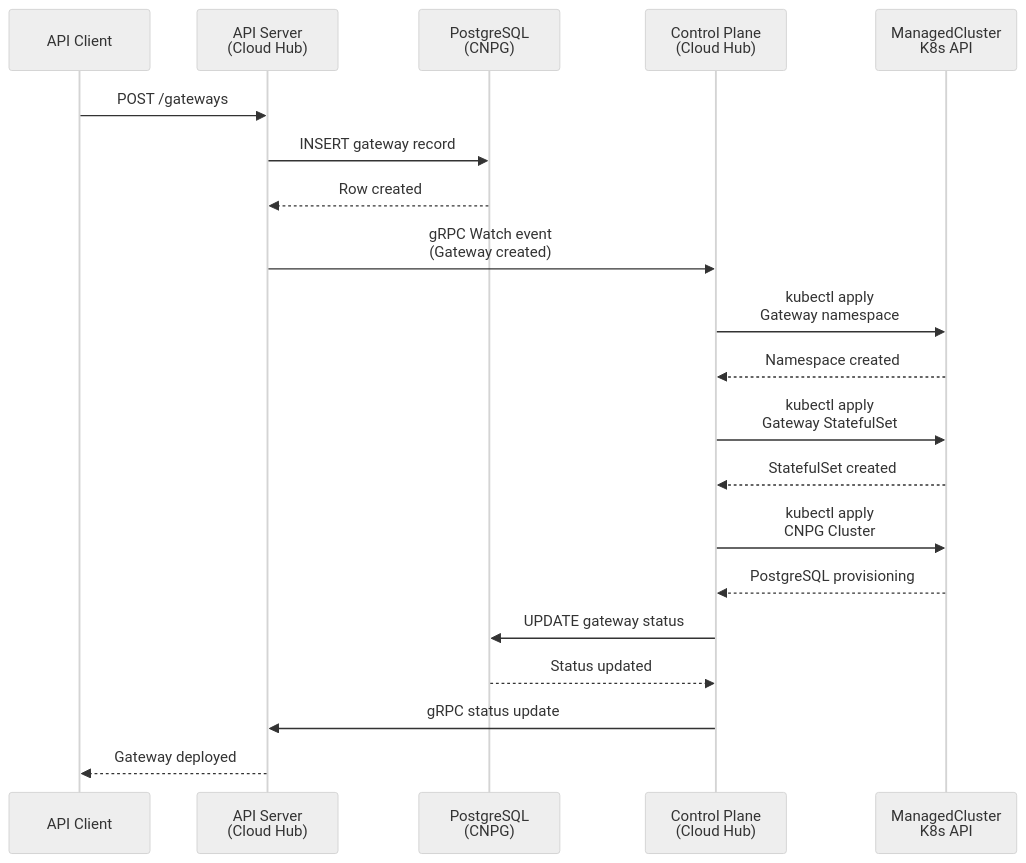
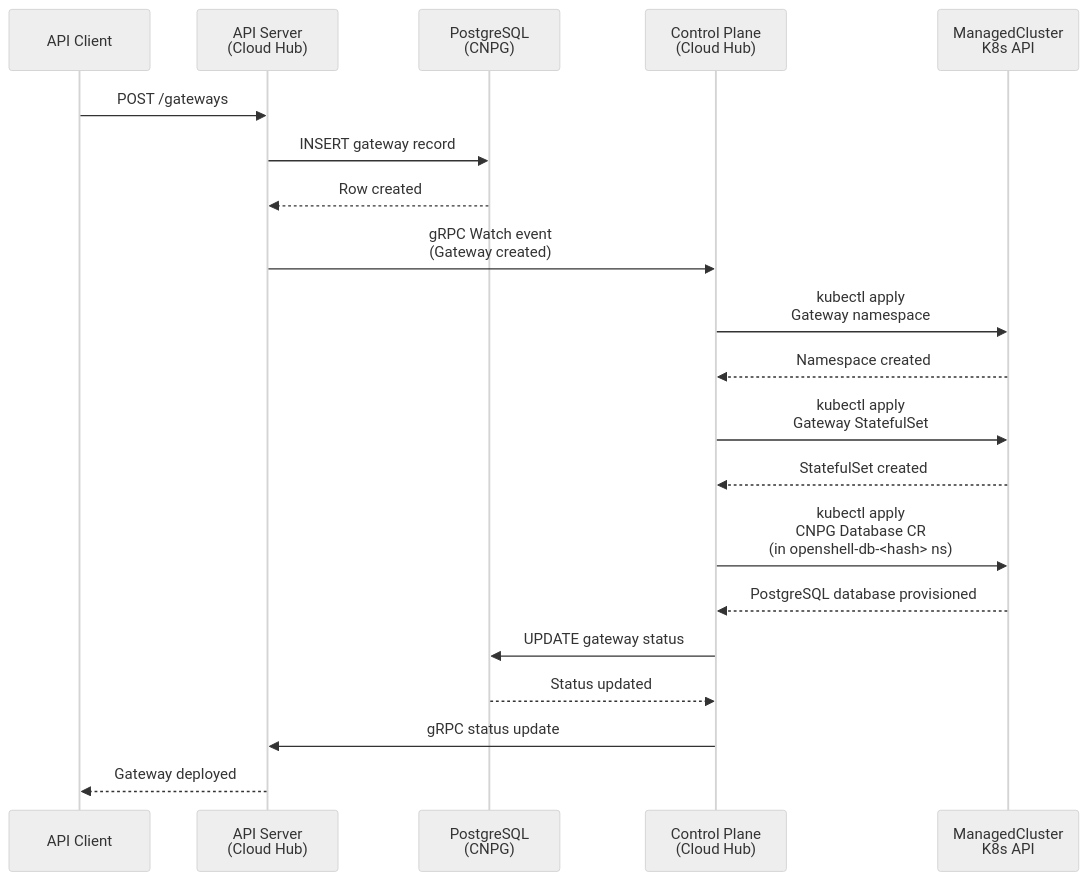
The fourth of 8 diagrams in specs/platform/global-architecture.spec.md (JGiola/hypershell), drawn with Mermaid (neutral theme) before and after one commit. The commit also changed other lines of this file and 12 other files, not shown here.

````diff
--- a/specs/platform/global-architecture.spec.md
+++ b/specs/platform/global-architecture.spec.md
@@ -206,23 +230,23 @@
 ```mermaid
 sequenceDiagram
     participant User as API Client
     participant API as API Server<br/>(Cloud Hub)
     participant DB as PostgreSQL<br/>(CNPG)
     participant CP as Control Plane<br/>(Cloud Hub)
     participant MC as ManagedCluster<br/>K8s API
 
     User->>API: POST /gateways
     API->>DB: INSERT gateway record
     DB-->>API: Row created
     API->>CP: gRPC Watch event<br/>(Gateway created)
     CP->>MC: kubectl apply<br/>Gateway namespace
     MC-->>CP: Namespace created
     CP->>MC: kubectl apply<br/>Gateway StatefulSet
     MC-->>CP: StatefulSet created
-    CP->>MC: kubectl apply<br/>CNPG Cluster
-    MC-->>CP: PostgreSQL provisioning
+    CP->>MC: kubectl apply<br/>CNPG Database CR<br/>(in openshell-db-<hash> ns)
+    MC-->>CP: PostgreSQL database provisioned
     CP->>DB: UPDATE gateway status
     DB-->>CP: Status updated
     CP->>API: gRPC status update
     API-->>User: Gateway deployed
 ```
````
